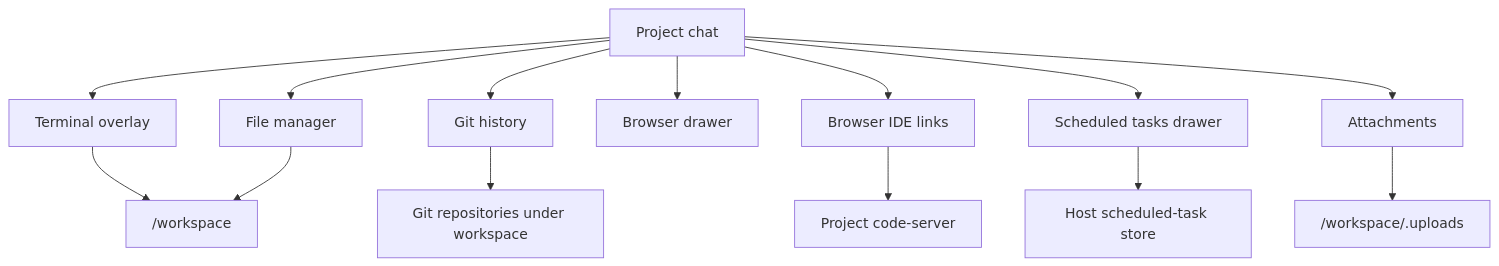
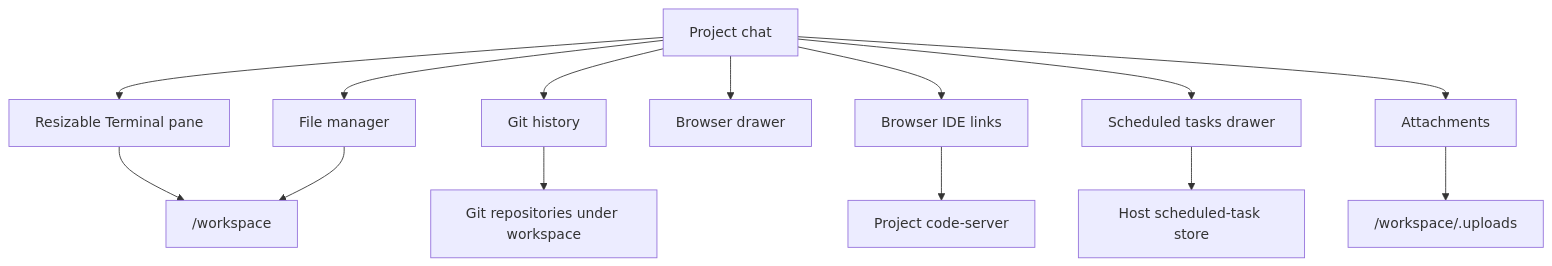
One commit to AbdallahMohamedDotnet/remote.futrx changed the first of 6 diagrams in docs/02-workspaces/05-workspace-tools.md. Above: the diagram before and after it, drawn with Mermaid. The commit also changed other lines of this file and 27 other files, not shown here.

````diff
--- a/docs/02-workspaces/05-workspace-tools.md
+++ b/docs/02-workspaces/05-workspace-tools.md
@@ -9,17 +9,17 @@
 ```mermaid
 flowchart TD
-    Chat["Project chat"] --> Terminal["Terminal overlay"]
+    Chat["Project chat"] --> Terminal["Resizable Terminal pane"]
     Chat --> Files["File manager"]
     Chat --> History["Git history"]
     Chat --> Browser["Browser drawer"]
     Chat --> IDE["Browser IDE links"]
     Chat --> Schedules["Scheduled tasks drawer"]
     Chat --> Upload["Attachments"]
 
     Terminal --> Workspace["/workspace"]
     Files --> Workspace
     History --> Repos["Git repositories under workspace"]
     IDE --> CodeServer["Project code-server"]
     Upload --> UploadDir["/workspace/.uploads"]
     Schedules --> ScheduleStore["Host scheduled-task store"]
 ```
````
